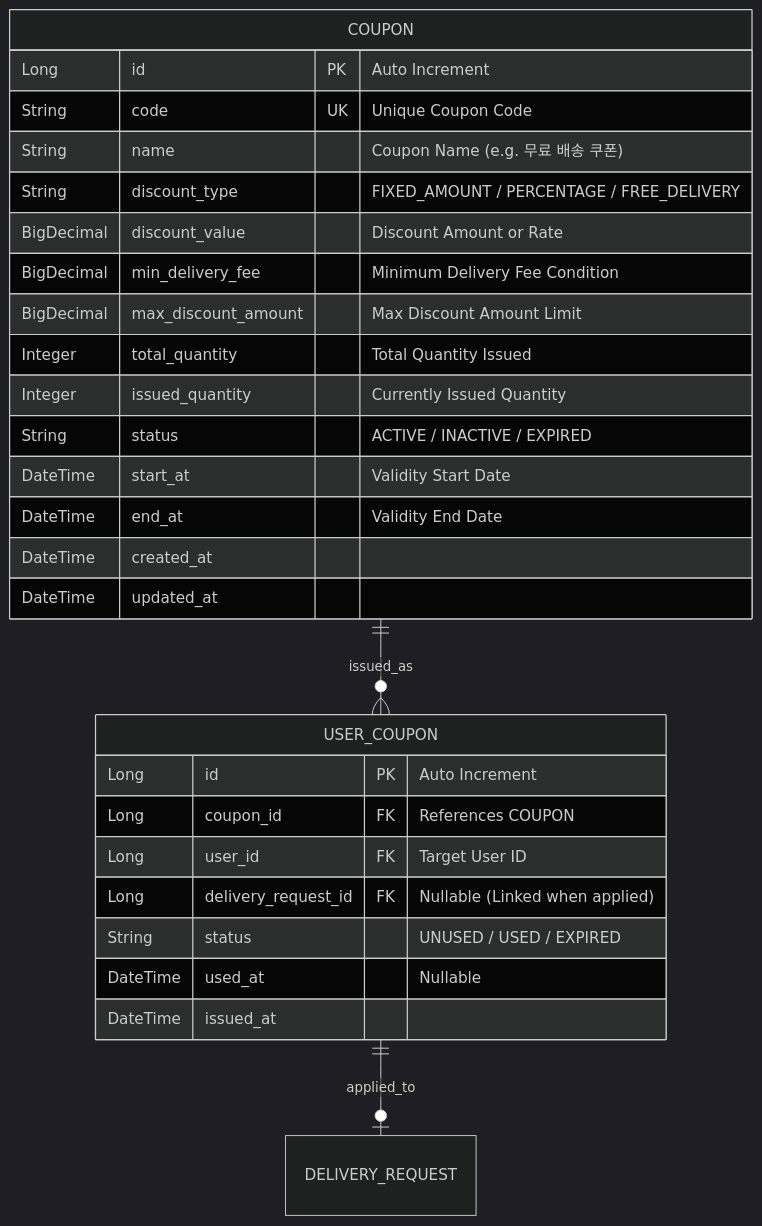
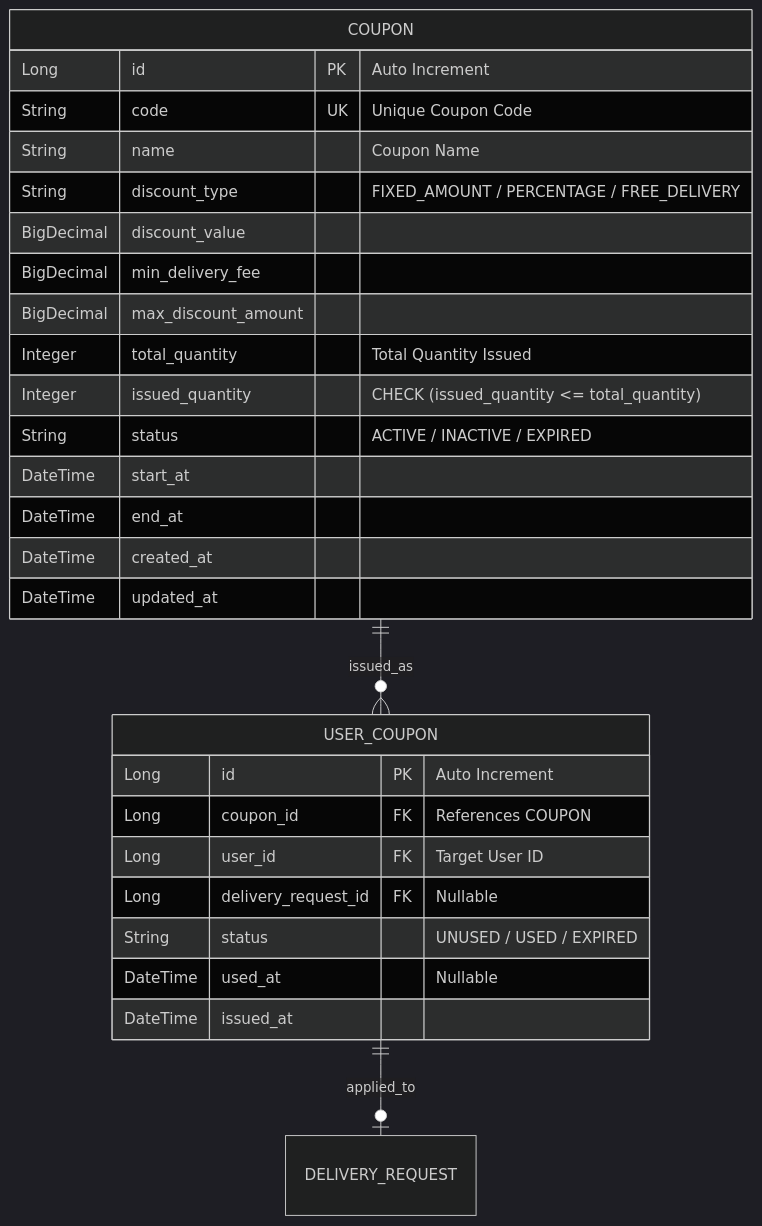
Before and after one commit to ShinhanDSProject/shinhan-delivery: the diagram in docs/Coupon.md, drawn with Mermaid (dark theme).

````diff
--- a/docs/Coupon.md
+++ b/docs/Coupon.md
@@ -22,32 +22,32 @@
 ```mermaid
 erDiagram
     COUPON ||--o{ USER_COUPON : "issued_as"
     USER_COUPON ||--o| DELIVERY_REQUEST : "applied_to"
-
+    
     COUPON {
         Long id PK "Auto Increment"
         String code UK "Unique Coupon Code"
-        String name "Coupon Name (e.g. 무료 배송 쿠폰)"
+        String name "Coupon Name"
         String discount_type "FIXED_AMOUNT / PERCENTAGE / FREE_DELIVERY"
-        BigDecimal discount_value "Discount Amount or Rate"
-        BigDecimal min_delivery_fee "Minimum Delivery Fee Condition"
-        BigDecimal max_discount_amount "Max Discount Amount Limit"
+        BigDecimal discount_value
+        BigDecimal min_delivery_fee
+        BigDecimal max_discount_amount
         Integer total_quantity "Total Quantity Issued"
-        Integer issued_quantity "Currently Issued Quantity"
+        Integer issued_quantity "CHECK (issued_quantity <= total_quantity)"
         String status "ACTIVE / INACTIVE / EXPIRED"
-        DateTime start_at "Validity Start Date"
-        DateTime end_at "Validity End Date"
+        DateTime start_at
+        DateTime end_at
         DateTime created_at
         DateTime updated_at
     }
 
     USER_COUPON {
         Long id PK "Auto Increment"
         Long coupon_id FK "References COUPON"
         Long user_id FK "Target User ID"
-        Long delivery_request_id FK "Nullable (Linked when applied)"
+        Long delivery_request_id FK "Nullable"
         String status "UNUSED / USED / EXPIRED"
         DateTime used_at "Nullable"
         DateTime issued_at
     }
 ```
````
